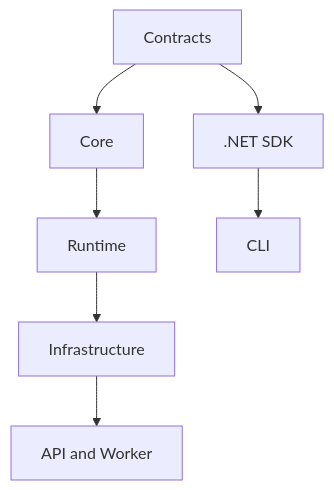
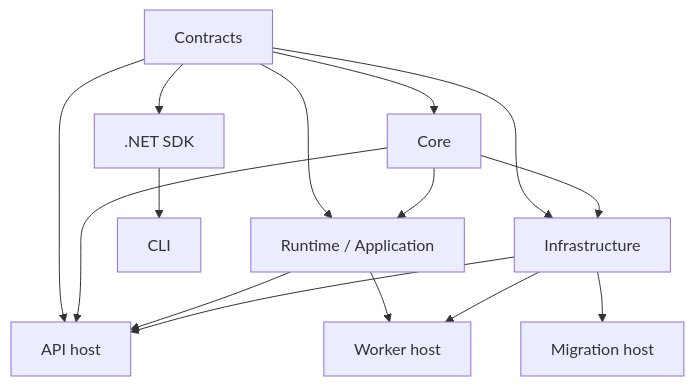
Before and after one commit to lazineziri/iRoute: diagram 13 of 16 in docs/architecture.md, drawn with Mermaid. The commit also changed other lines of this file and 116 other files, not shown here.

Commit message:
refactor(architecture): organize dotnet source by layer and feature

````diff
--- a/docs/architecture.md
+++ b/docs/architecture.md
@@ -220,9 +248,17 @@
 ```mermaid
 flowchart TD
     A["Contracts"] --> B["Core"]
-    B --> C["Runtime"]
-    C --> D["Infrastructure"]
-    D --> E["API and Worker"]
-    A --> F[".NET SDK"]
-    F --> G["CLI"]
+    A --> C["Runtime / Application"]
+    B --> C
+    A --> D["Infrastructure"]
+    B --> D
+    A --> E["API host"]
+    B --> E
+    C --> E
+    D --> E
+    C --> F["Worker host"]
+    D --> F
+    D --> G["Migration host"]
+    A --> H[".NET SDK"]
+    H --> I["CLI"]
 ```
````
